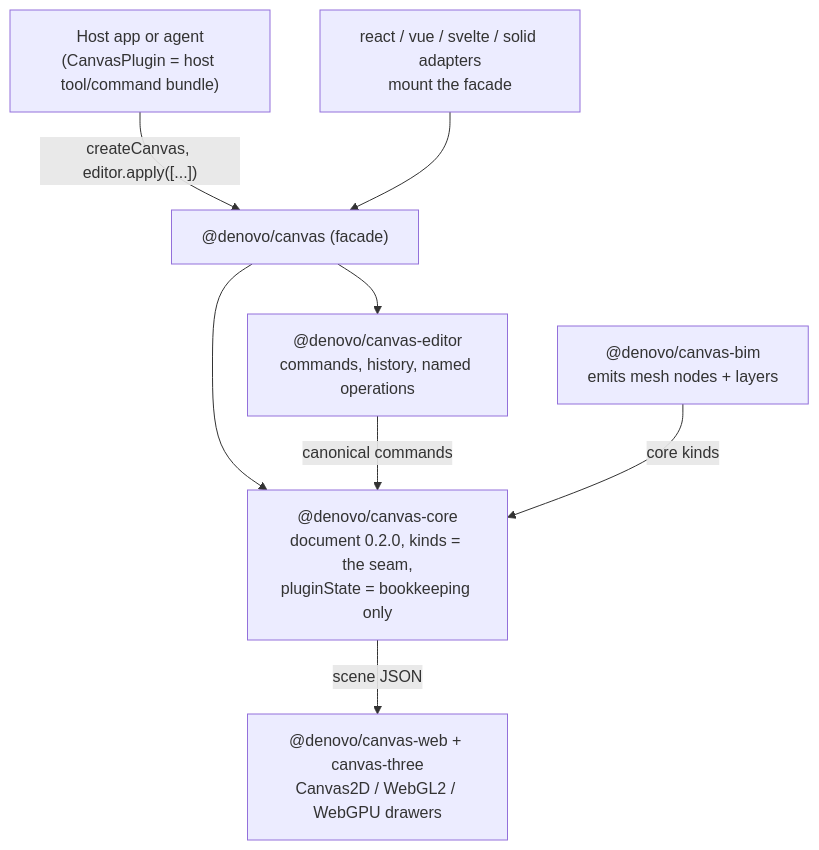
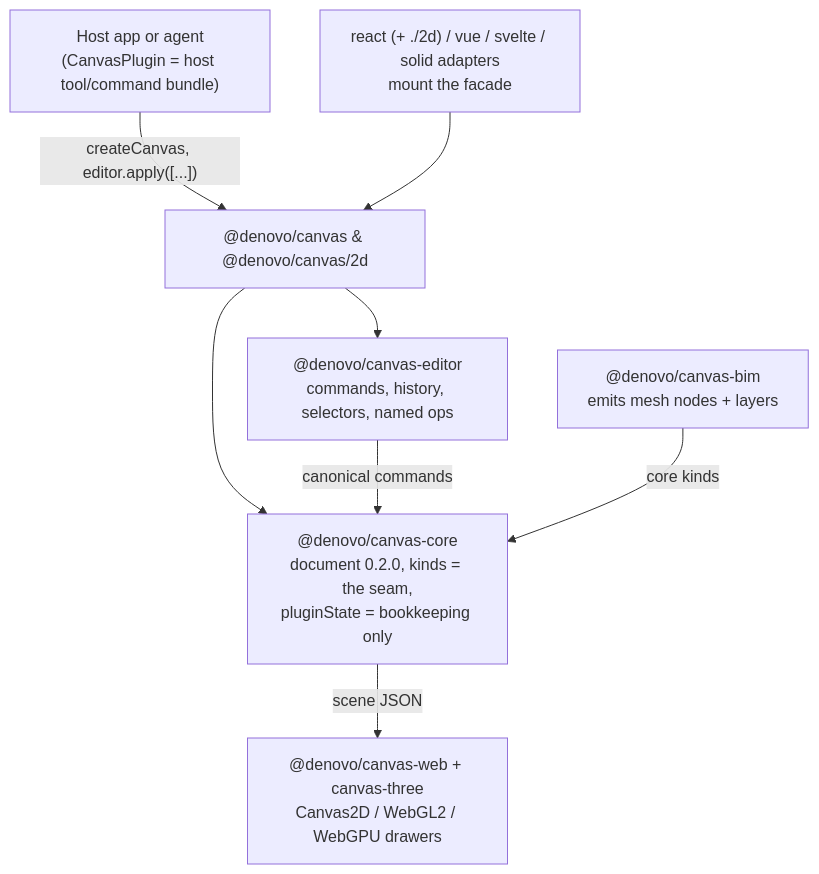
The diagram in README.md (de-novo/canvas), drawn with Mermaid before and after one commit. The commit also changed other lines of this file and 18 other files, not shown here.

````diff
--- a/README.md
+++ b/README.md
@@ -111,17 +316,17 @@
 ```mermaid
 flowchart TD
   Host["Host app or agent<br/>(CanvasPlugin = host tool/command bundle)"]
-  Facade["@denovo/canvas (facade)"]
+  Facade["@denovo/canvas & @denovo/canvas/2d"]
   Core["@denovo/canvas-core<br/>document 0.2.0, kinds = the seam,<br/>pluginState = bookkeeping only"]
-  Editor["@denovo/canvas-editor<br/>commands, history, named operations"]
+  Editor["@denovo/canvas-editor<br/>commands, history, selectors, named ops"]
   Runtime["@denovo/canvas-web + canvas-three<br/>Canvas2D / WebGL2 / WebGPU drawers"]
   Bim["@denovo/canvas-bim<br/>emits mesh nodes + layers"]
-  Adapters["react / vue / svelte / solid adapters<br/>mount the facade"]
+  Adapters["react (+ ./2d) / vue / svelte / solid adapters<br/>mount the facade"]
   Host -->|"createCanvas, editor.apply([...])"| Facade
   Facade --> Core
   Facade --> Editor
   Editor -->|"canonical commands"| Core
   Core -->|"scene JSON"| Runtime
   Bim -->|"core kinds"| Core
   Adapters --> Facade
 ```
````
